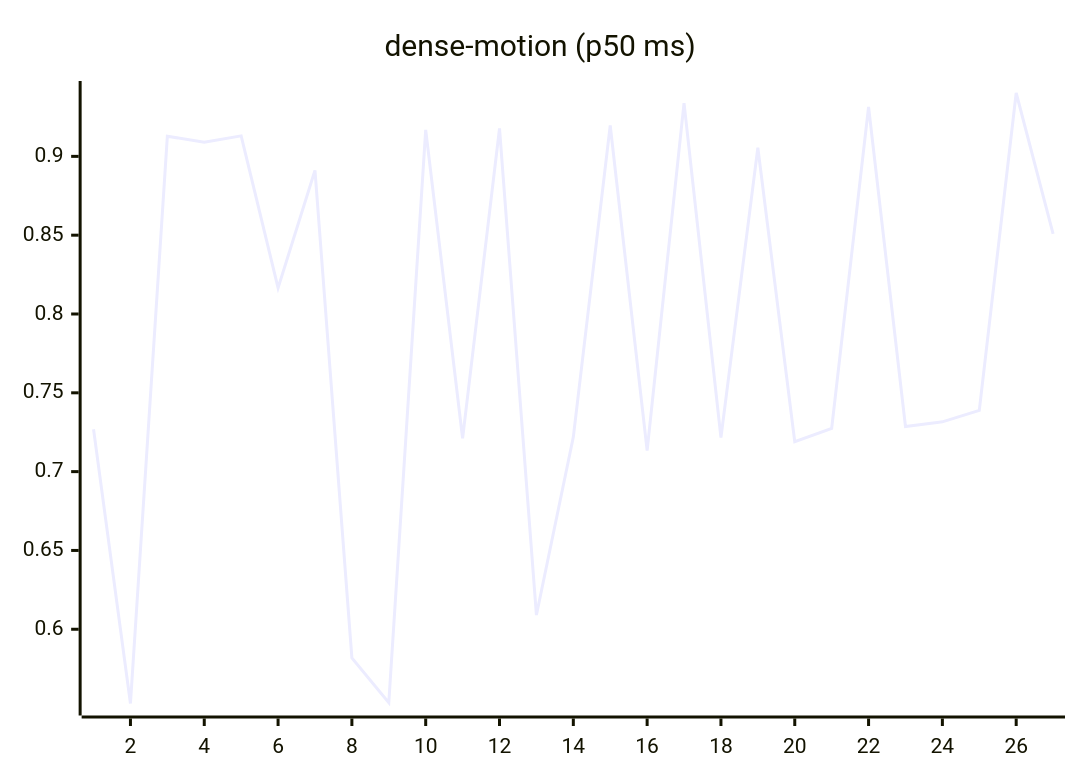
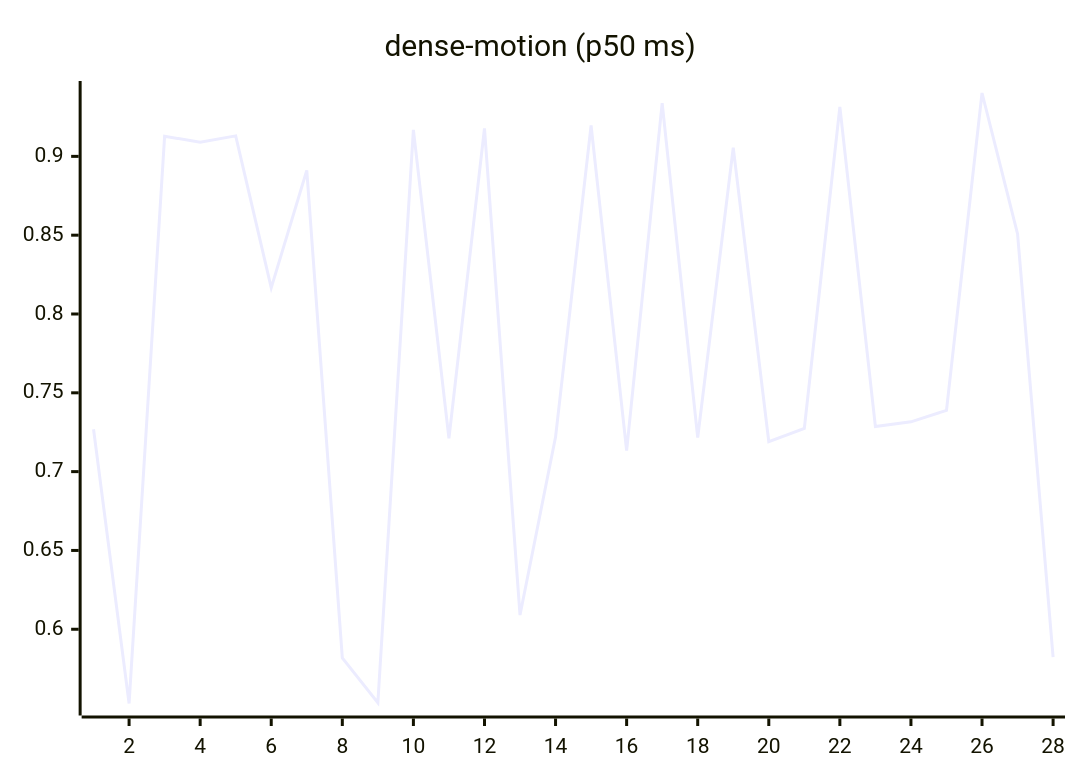
One commit to josha/Facet changed the ninth of 27 diagrams in README.md. Above: the diagram before and after it, drawn with Mermaid. The commit also changed other lines of this file and 2 other files, not shown here.

````diff
--- a/README.md
+++ b/README.md
@@ -119,6 +119,6 @@
 ```mermaid
 xychart-beta
     title "dense-motion (p50 ms)"
-    x-axis 1 --> 27
-    line [0.7269, 0.5529, 0.9128, 0.9089, 0.9130, 0.8166, 0.8911, 0.5818, 0.5534, 0.9168, 0.7211, 0.9177, 0.6090, 0.7219, 0.9196, 0.7134, 0.9338, 0.7216, 0.9055, 0.7190, 0.7274, 0.9314, 0.7286, 0.7316, 0.7389, 0.9402, 0.8508]
+    x-axis 1 --> 28
+    line [0.7269, 0.5529, 0.9128, 0.9089, 0.9130, 0.8166, 0.8911, 0.5818, 0.5534, 0.9168, 0.7211, 0.9177, 0.6090, 0.7219, 0.9196, 0.7134, 0.9338, 0.7216, 0.9055, 0.7190, 0.7274, 0.9314, 0.7286, 0.7316, 0.7389, 0.9402, 0.8508, 0.5823]
 ```
````
